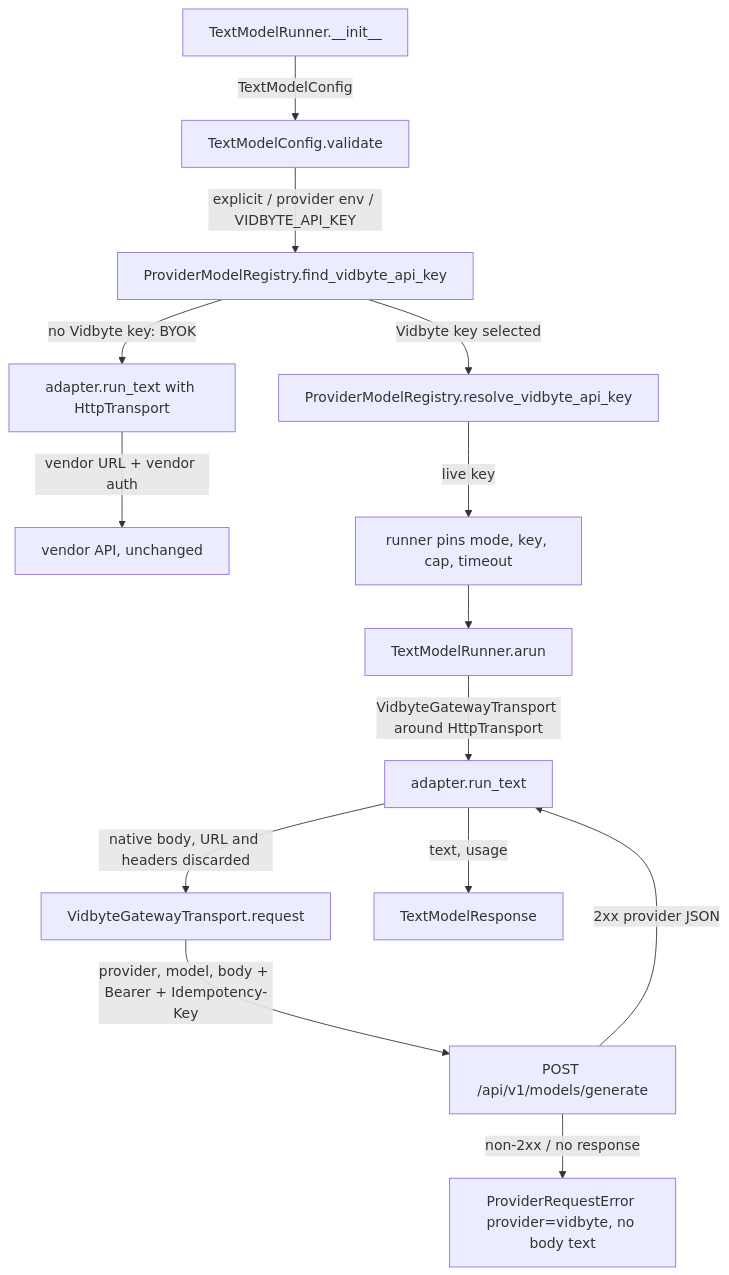
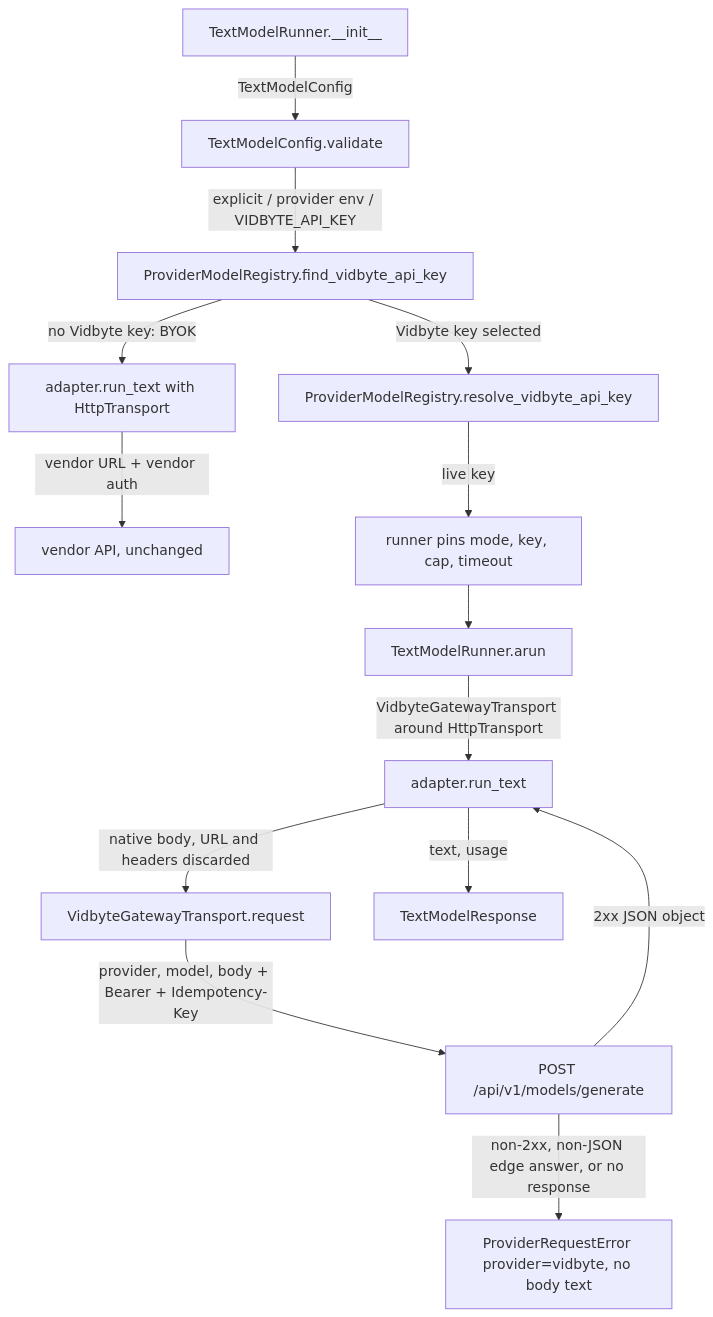
Before and after one commit to cerredz/Vidbyte-SDK: the first of 2 diagrams in docs/spec/managed-generative-models/spec.md, drawn with Mermaid. The commit also changed other lines of this file and 1 other file, not shown here.

````diff
--- a/docs/spec/managed-generative-models/spec.md
+++ b/docs/spec/managed-generative-models/spec.md
@@ -110,16 +111,16 @@
 ```mermaid
 flowchart TD
   A[TextModelRunner.__init__] -->|TextModelConfig| B[TextModelConfig.validate]
   B -->|explicit / provider env / VIDBYTE_API_KEY| C[ProviderModelRegistry.find_vidbyte_api_key]
   C -->|no Vidbyte key: BYOK| D[adapter.run_text with HttpTransport]
   D -->|vendor URL + vendor auth| E[vendor API, unchanged]
   C -->|Vidbyte key selected| F[ProviderModelRegistry.resolve_vidbyte_api_key]
   F -->|live key| G[runner pins mode, key, cap, timeout]
   G --> H[TextModelRunner.arun]
   H -->|VidbyteGatewayTransport around HttpTransport| I[adapter.run_text]
   I -->|native body, URL and headers discarded| J[VidbyteGatewayTransport.request]
   J -->|provider, model, body + Bearer + Idempotency-Key| K[POST /api/v1/models/generate]
-  K -->|2xx provider JSON| I
-  K -->|non-2xx / no response| L[ProviderRequestError provider=vidbyte, no body text]
+  K -->|2xx JSON object| I
+  K -->|non-2xx, non-JSON edge answer, or no response| L[ProviderRequestError provider=vidbyte, no body text]
   I -->|text, usage| M[TextModelResponse]
 ```
````
